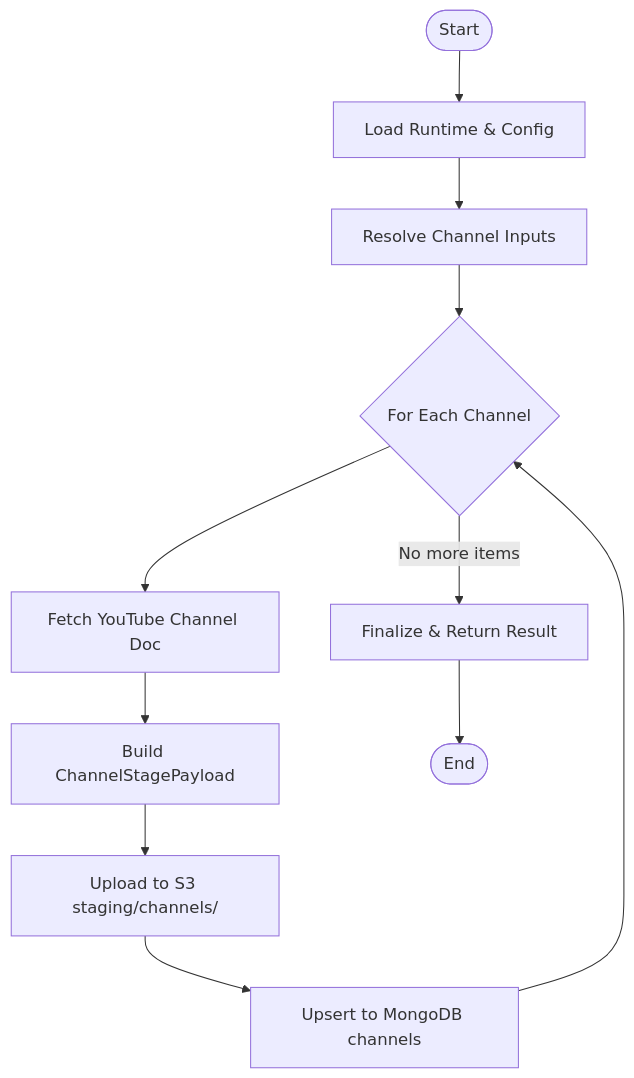
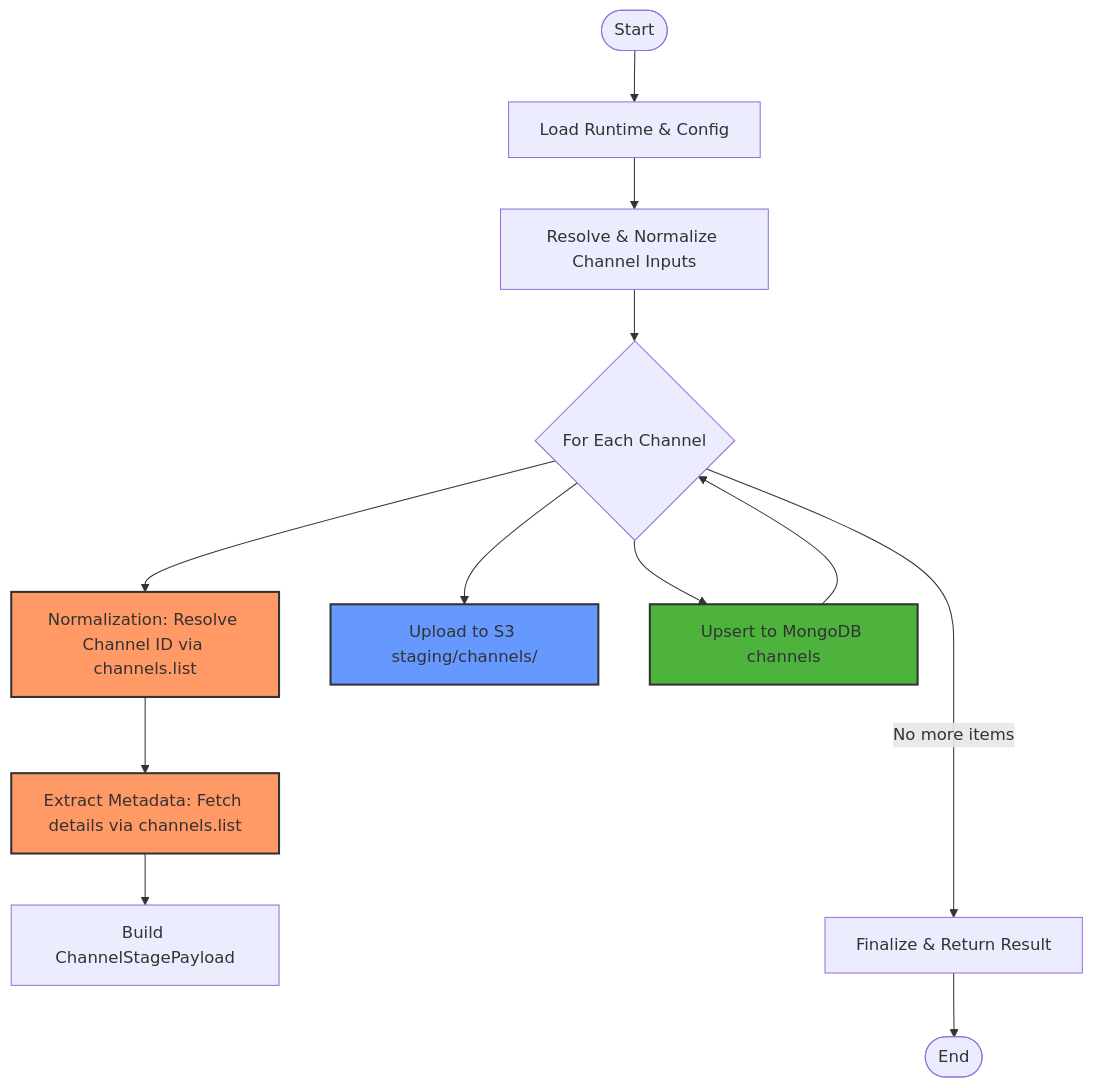
The third of 3 diagrams in channel_lambda/README.md (kaushalkrishna2000/youtube-bot-analytics), drawn with Mermaid before and after one commit. The commit also changed other lines of this file and 3 other files, not shown here.

Commit message:
Update README files to reflect detailed execution flow, added enriched client-specific diagrams, enhanced YouTube API phase descriptions, and streamlined MongoDB persistence logic

````diff
--- a/channel_lambda/README.md
+++ b/channel_lambda/README.md
@@ -61,15 +76,21 @@
 ```mermaid
 flowchart TD
     Start([Start]) --> LoadRuntime[Load Runtime & Config]
-    LoadRuntime --> ResolveItems[Resolve Channel Inputs]
+    LoadRuntime --> ResolveItems[Resolve & Normalize Channel Inputs]
     ResolveItems --> ForEachChannel{For Each Channel}
     
-    ForEachChannel --> FetchYT[Fetch YouTube Channel Doc]
+    ForEachChannel --> Norm[Normalization: Resolve Channel ID via channels.list]:::youtube
+    Norm --> FetchYT[Extract Metadata: Fetch details via channels.list]:::youtube
     FetchYT --> BuildPayload[Build ChannelStagePayload]
-    BuildPayload --> UploadS3[Upload to S3 staging/channels/]
-    UploadS3 --> UpsertMongo[Upsert to MongoDB channels]
+    ForEachChannel --> UploadS3[Upload to S3 staging/channels/]:::s3
+    ForEachChannel --> UpsertMongo[Upsert to MongoDB channels]:::mongodb
     UpsertMongo --> ForEachChannel
-    
-    ForEachChannel -- No more items --> Finalize[Finalize & Return Result]
+
+    %% Termination path
+    ForEachChannel -- No more items ----> Finalize[Finalize & Return Result]
     Finalize --> End([End])
+
+    classDef youtube fill:#f96,stroke:#333,stroke-width:2px;
+    classDef s3 fill:#69f,stroke:#333,stroke-width:2px;
+    classDef mongodb fill:#4db33d,stroke:#333,stroke-width:2px;
 ```
````
